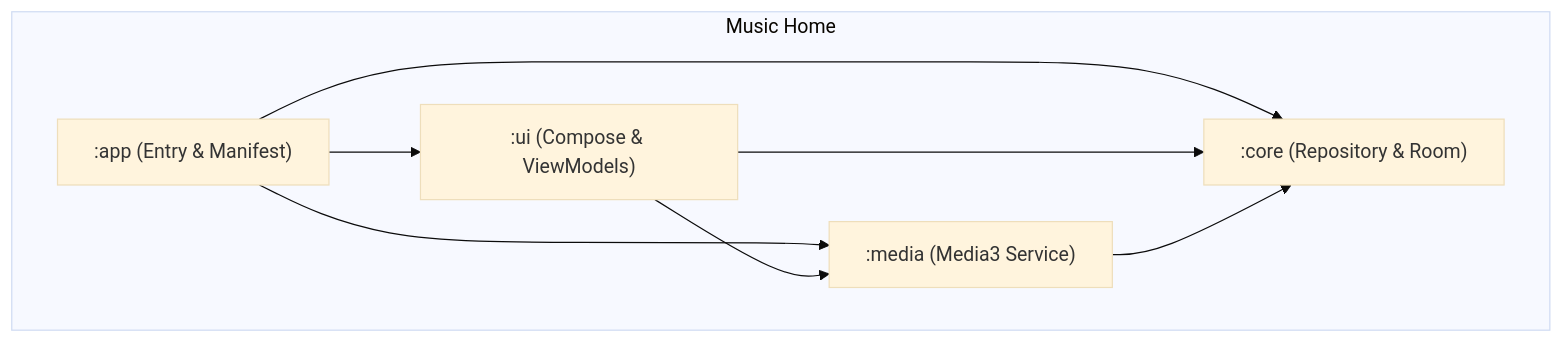
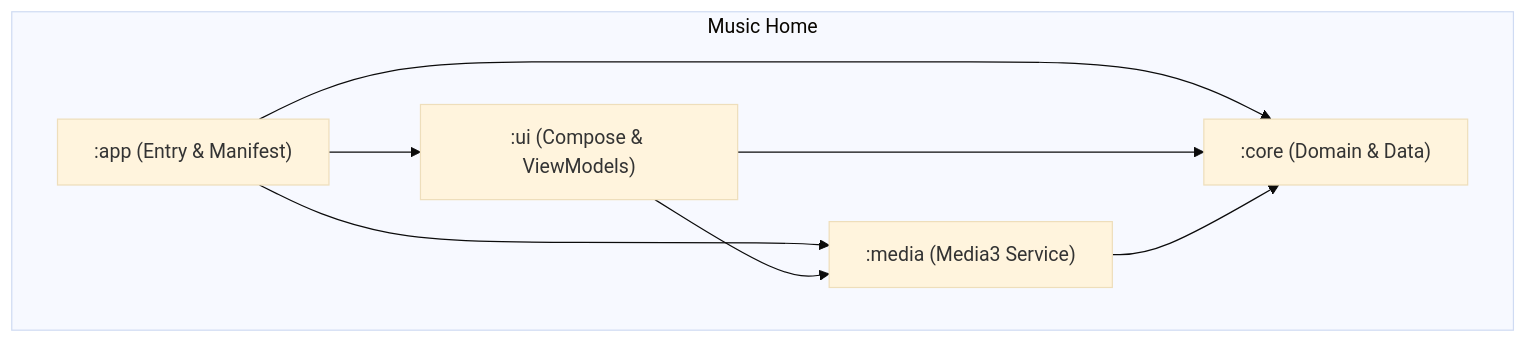
One commit to SleepyTurtle91/MusicHome changed the diagram in README.md. Above: the diagram before and after it, drawn with Mermaid (base theme). The commit also changed other lines of this file, not shown here.

Commit message:
Docs: Update README with architectural refinements and updated project status

````diff
--- a/README.md
+++ b/README.md
@@ -53,16 +54,16 @@
 ```mermaid
 graph TD
     subgraph "Music Home"
         app[":app (Entry & Manifest)"]
         ui[":ui (Compose & ViewModels)"]
-        core[":core (Repository & Room)"]
+        core[":core (Domain & Data)"]
         media[":media (Media3 Service)"]
 
         app --> ui
         app --> core
         app --> media
         ui --> media
         ui --> core
         media --> core
     end
 ```
````
